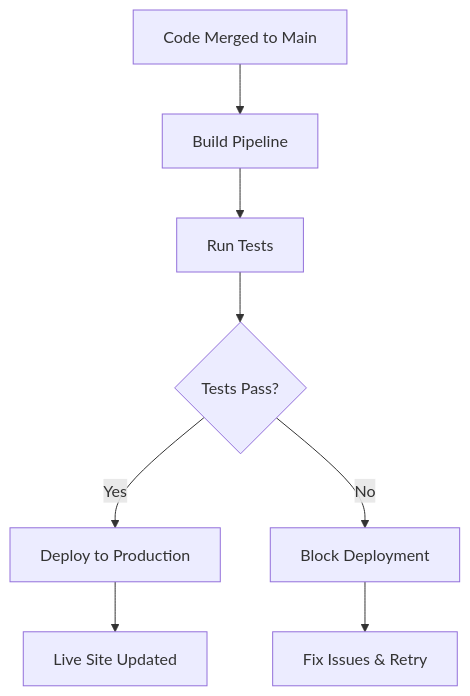
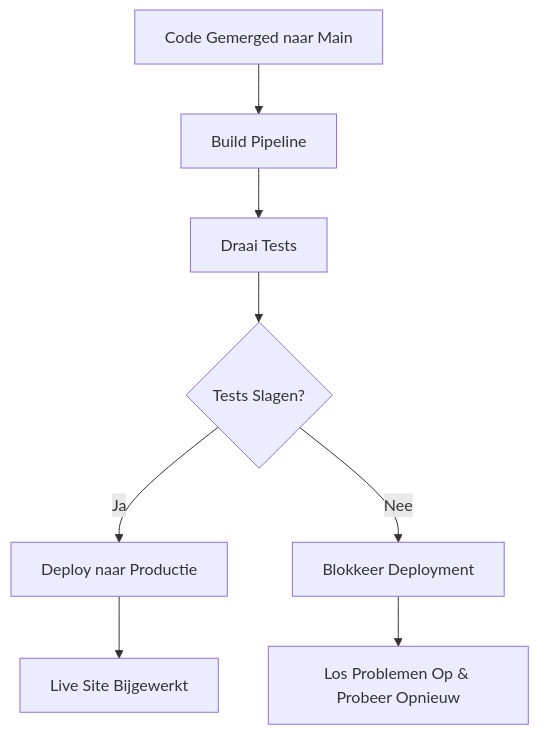
Before and after one commit to JonasCruzMartinez/devops-workshop-vitepress: the diagram in docs/phases/05-deploy.md, drawn with Mermaid. The commit also changed other lines of this file and 25 other files, not shown here.

````diff
--- a/docs/phases/05-deploy.md
+++ b/docs/phases/05-deploy.md
@@ -33,10 +33,10 @@
 ```mermaid
 graph TD
-  A[Code Merged to Main] --> B[Build Pipeline]
-  B --> C[Run Tests] 
-  C --> D{Tests Pass?}
-  D -->|Yes| E[Deploy to Production]
-  D -->|No| F[Block Deployment]
-  E --> G[Live Site Updated]
-  F --> H[Fix Issues & Retry]
+  A[Code Gemerged naar Main] --> B[Build Pipeline]
+  B --> C[Draai Tests]
+  C --> D{Tests Slagen?}
+  D -->|Ja| E[Deploy naar Productie]
+  D -->|Nee| F[Blokkeer Deployment]
+  E --> G[Live Site Bijgewerkt]
+  F --> H[Los Problemen Op & Probeer Opnieuw]
 ```
````
